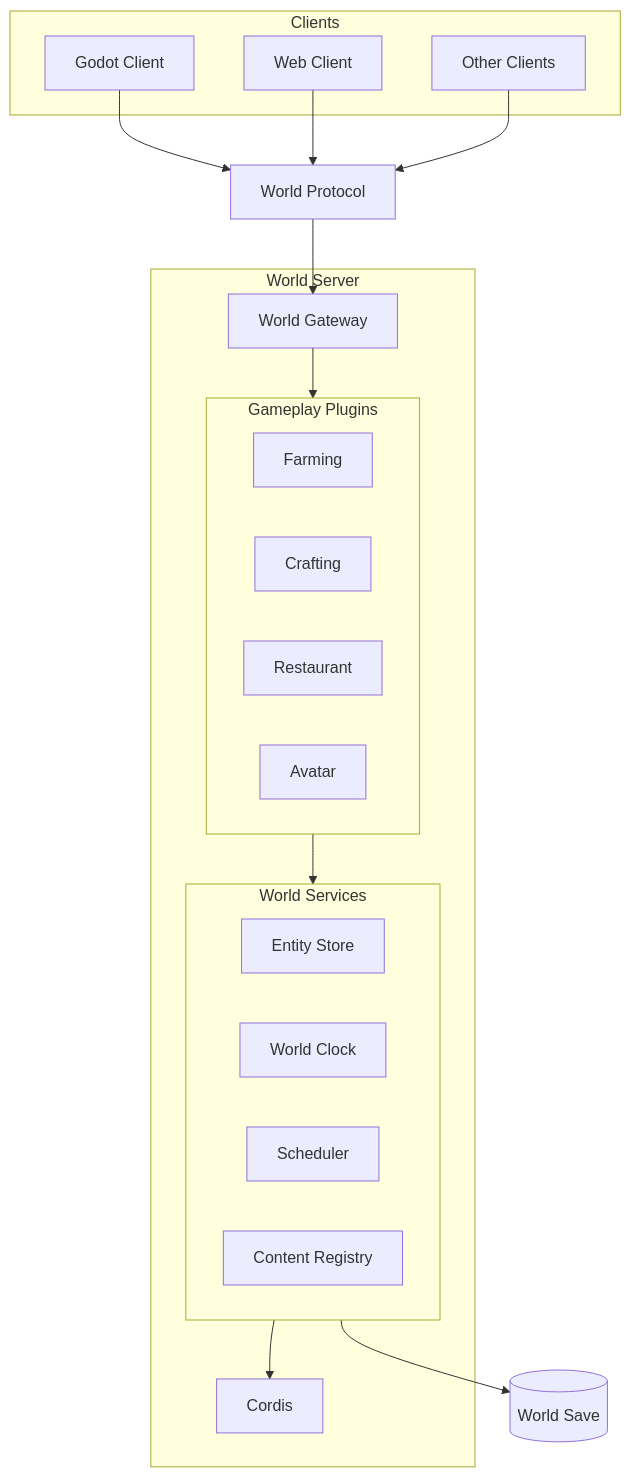
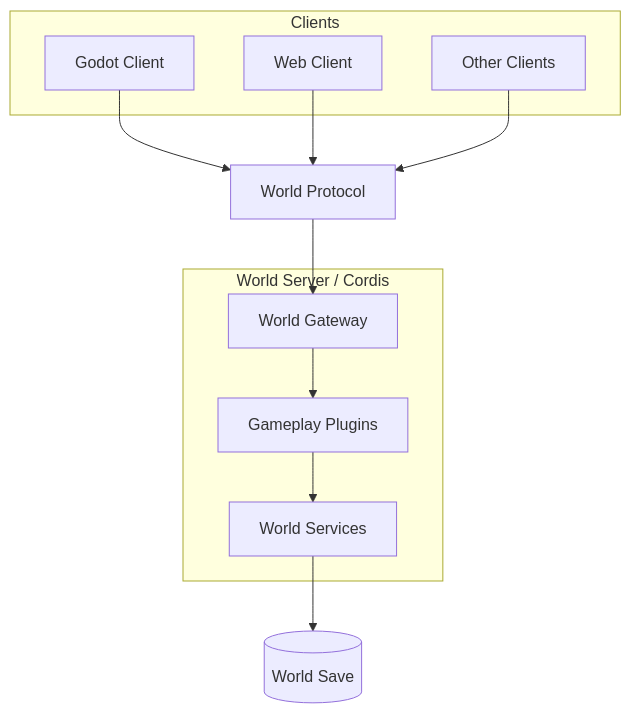
The diagram in spec/architecture.md (Ri0n72Y/idea-slime-bar), drawn with Mermaid before and after one commit. The commit also changed other lines of this file, not shown here.

Commit message:
docs: split architecture overview

````diff
--- a/spec/architecture.md
+++ b/spec/architecture.md
@@ -11,43 +11,26 @@
 ```mermaid
 flowchart TB
     subgraph Clients[Clients]
         Godot[Godot Client]
         Web[Web Client]
         Other[Other Clients]
     end
 
     Protocol[World Protocol]
 
-    subgraph Server[World Server]
+    subgraph Server[World Server / Cordis]
         Gateway[World Gateway]
-
-        subgraph Gameplay[Gameplay Plugins]
-            Farming[Farming]
-            Crafting[Crafting]
-            Restaurant[Restaurant]
-            Avatar[Avatar]
-        end
-
-        subgraph Core[World Services]
-            EntityStore[Entity Store]
-            Clock[World Clock]
-            Scheduler[Scheduler]
-            Content[Content Registry]
-        end
-
-        Cordis[Cordis]
+        Gameplay[Gameplay Plugins]
+        Services[World Services]
     end
 
     Save[(World Save)]
 
     Godot --> Protocol
     Web --> Protocol
     Other --> Protocol
-
     Protocol --> Gateway
     Gateway --> Gameplay
-    Gameplay --> Core
-
-    Core --> Cordis
-    Core --> Save
+    Gameplay --> Services
+    Services --> Save
 ```
````
